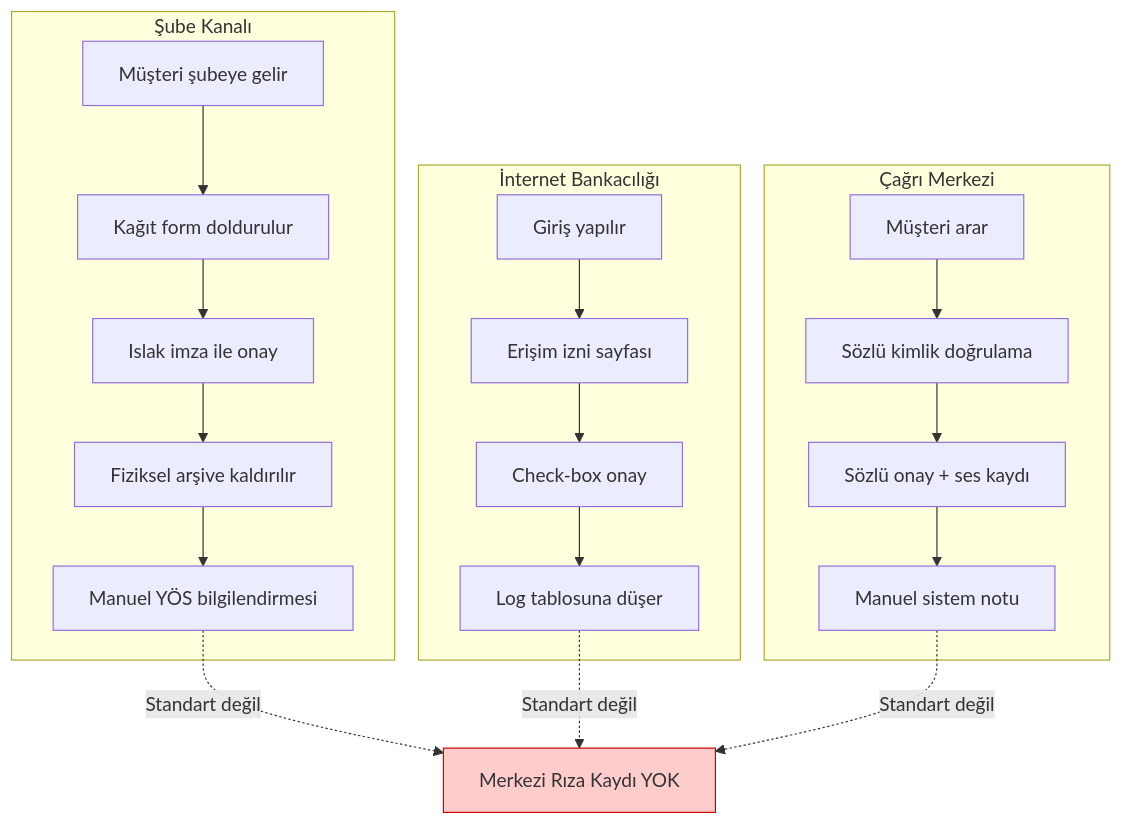
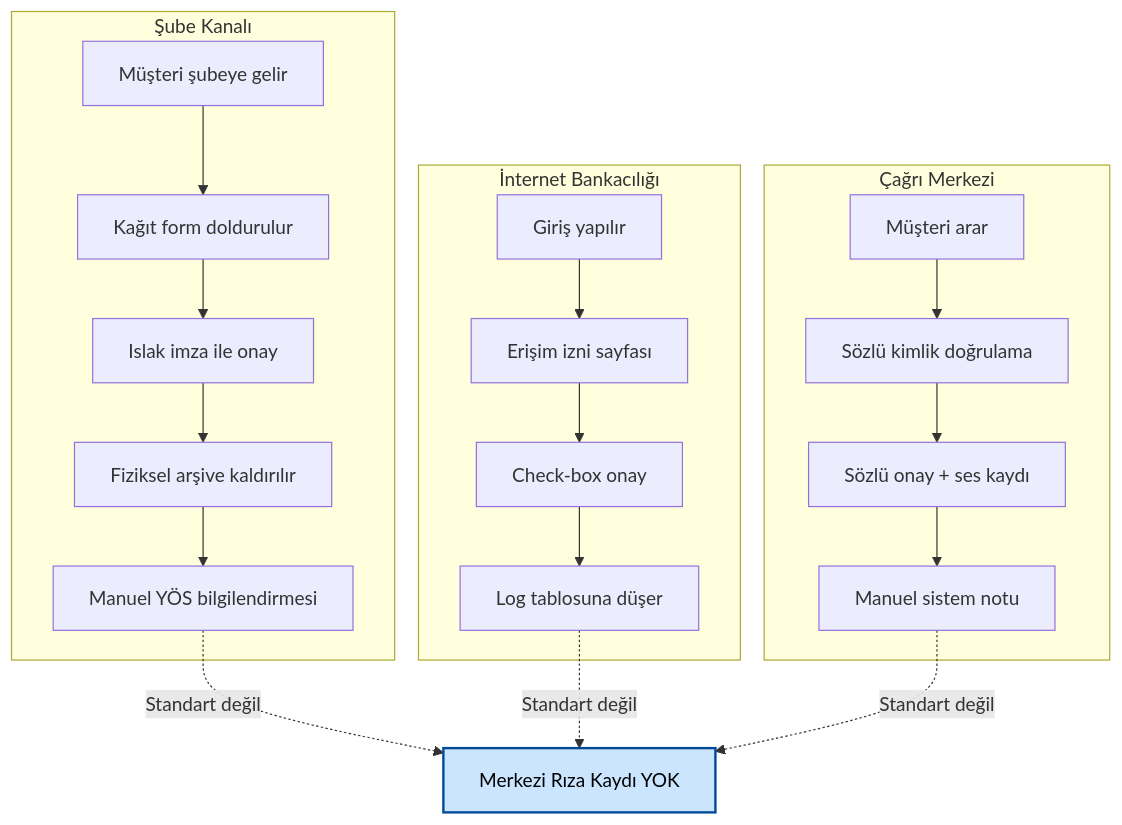
The diagram in docs/02-discovery/04-as-is-process-analysis.md (ErkutLacin/open-banking-consent-management), drawn with Mermaid before and after one commit. The commit also changed other lines of this file and 4 other files, not shown here.

First line of the commit message:
feat: Add project charter, stakeholder analysis, RACI matrix, and regulatory research documents for Open Banking Consent Management System

````diff
--- a/docs/02-discovery/04-as-is-process-analysis.md
+++ b/docs/02-discovery/04-as-is-process-analysis.md
@@ -97,27 +97,27 @@
 ```mermaid
 flowchart TD
     subgraph Sube["Şube Kanalı"]
         A1[Müşteri şubeye gelir] --> A2[Kağıt form doldurulur]
         A2 --> A3[Islak imza ile onay]
         A3 --> A4[Fiziksel arşive kaldırılır]
         A4 --> A5[Manuel YÖS bilgilendirmesi]
     end
 
     subgraph Internet["İnternet Bankacılığı"]
         B1[Giriş yapılır] --> B2[Erişim izni sayfası]
         B2 --> B3[Check-box onay]
         B3 --> B4[Log tablosuna düşer]
     end
 
     subgraph CagriMerkezi["Çağrı Merkezi"]
         C1[Müşteri arar] --> C2[Sözlü kimlik doğrulama]
         C2 --> C3[Sözlü onay + ses kaydı]
         C3 --> C4[Manuel sistem notu]
     end
 
     A5 -.->|Standart değil| X[Merkezi Rıza Kaydı YOK]
     B4 -.->|Standart değil| X
     C4 -.->|Standart değil| X
 
-    style X fill:#ffcccc,stroke:#cc0000
+    style X fill:#cce5ff,stroke:#004a99,stroke-width:2px,color:#000000
 ```
````
